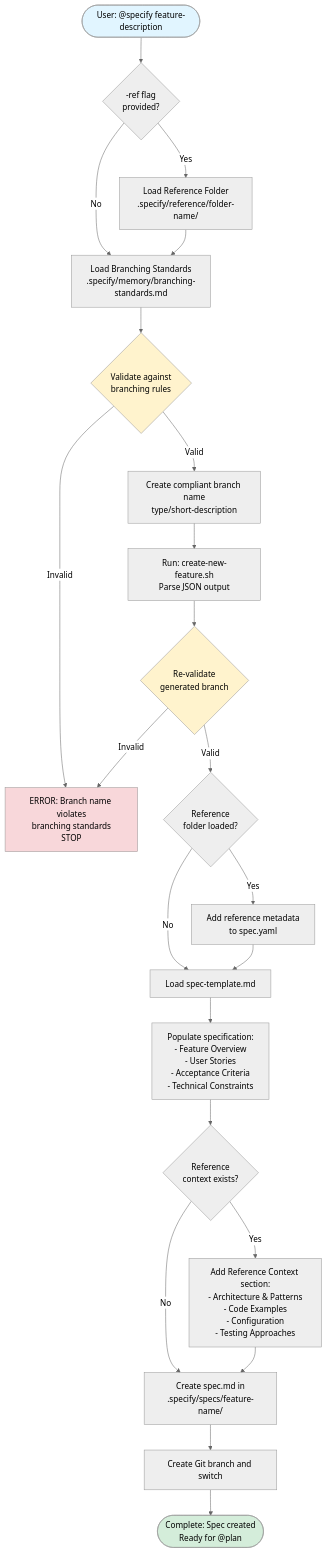
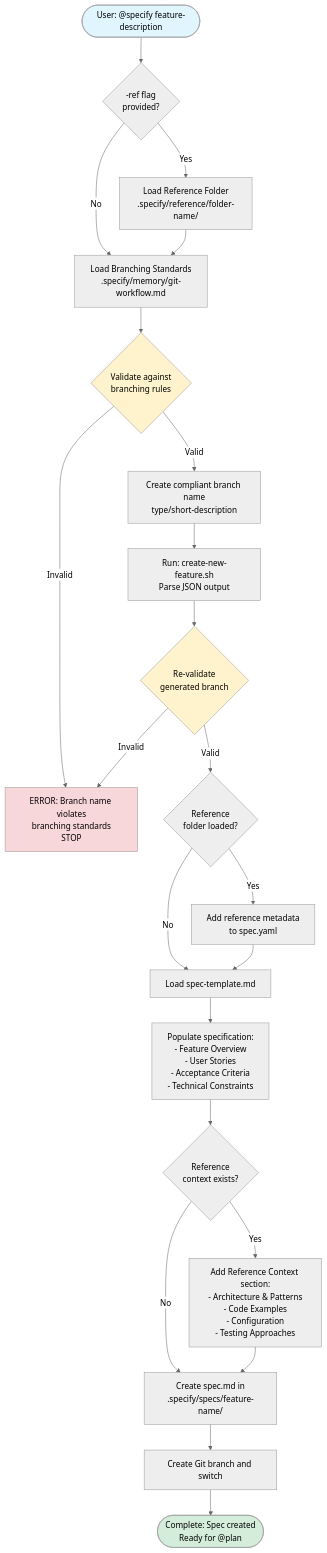
One commit to firstcommit730/sdd-llm-toolkit changed the diagram in docs/flow-specify.md. Above: the diagram before and after it, drawn with Mermaid (neutral theme). The commit also changed 21 other files, not shown here.

````diff
--- a/docs/flow-specify.md
+++ b/docs/flow-specify.md
@@ -3,45 +3,45 @@
 ```mermaid
 flowchart TD
     Start([User: @specify feature-description]) --> CheckRef{"-ref flag<br/>provided?"}
 
-    CheckRef -->|No| LoadBranching[Load Branching Standards<br/>.specify/memory/branching-standards.md]
+    CheckRef -->|No| LoadBranching[Load Branching Standards<br/>.specify/memory/git-workflow.md]
     CheckRef -->|Yes| LoadRef[Load Reference Folder<br/>.specify/reference/folder-name/]
 
     LoadRef --> LoadBranching
 
     LoadBranching --> ValidateBranch{Validate against<br/>branching rules}
 
     ValidateBranch -->|Invalid| ErrorBranch[ERROR: Branch name violates<br/>branching standards<br/>STOP]
     ValidateBranch -->|Valid| CreateBranch[Create compliant branch name<br/>type/short-description]
 
     CreateBranch --> RunScript[Run: create-new-feature.sh<br/>Parse JSON output]
 
     RunScript --> PostValidate{Re-validate<br/>generated branch}
 
     PostValidate -->|Invalid| ErrorBranch
     PostValidate -->|Valid| CheckRefLoad{Reference<br/>folder loaded?}
 
     CheckRefLoad -->|Yes| AddMetadata[Add reference metadata<br/>to spec.yaml]
     CheckRefLoad -->|No| LoadTemplate[Load spec-template.md]
 
     AddMetadata --> LoadTemplate
 
     LoadTemplate --> PopulateSpec[Populate specification:<br/>- Feature Overview<br/>- User Stories<br/>- Acceptance Criteria<br/>- Technical Constraints]
 
     PopulateSpec --> CheckRefContext{Reference<br/>context exists?}
 
     CheckRefContext -->|Yes| AddRefSection[Add Reference Context section:<br/>- Architecture & Patterns<br/>- Code Examples<br/>- Configuration<br/>- Testing Approaches]
     CheckRefContext -->|No| CreateSpec[Create spec.md in<br/>.specify/specs/feature-name/]
 
     AddRefSection --> CreateSpec
 
     CreateSpec --> CreateBranchGit[Create Git branch and switch]
 
     CreateBranchGit --> Done([Complete: Spec created<br/>Ready for @plan])
 
     style Start fill:#e1f5ff
     style Done fill:#d4edda
     style ErrorBranch fill:#f8d7da
     style ValidateBranch fill:#fff3cd
     style PostValidate fill:#fff3cd
 ```
````
